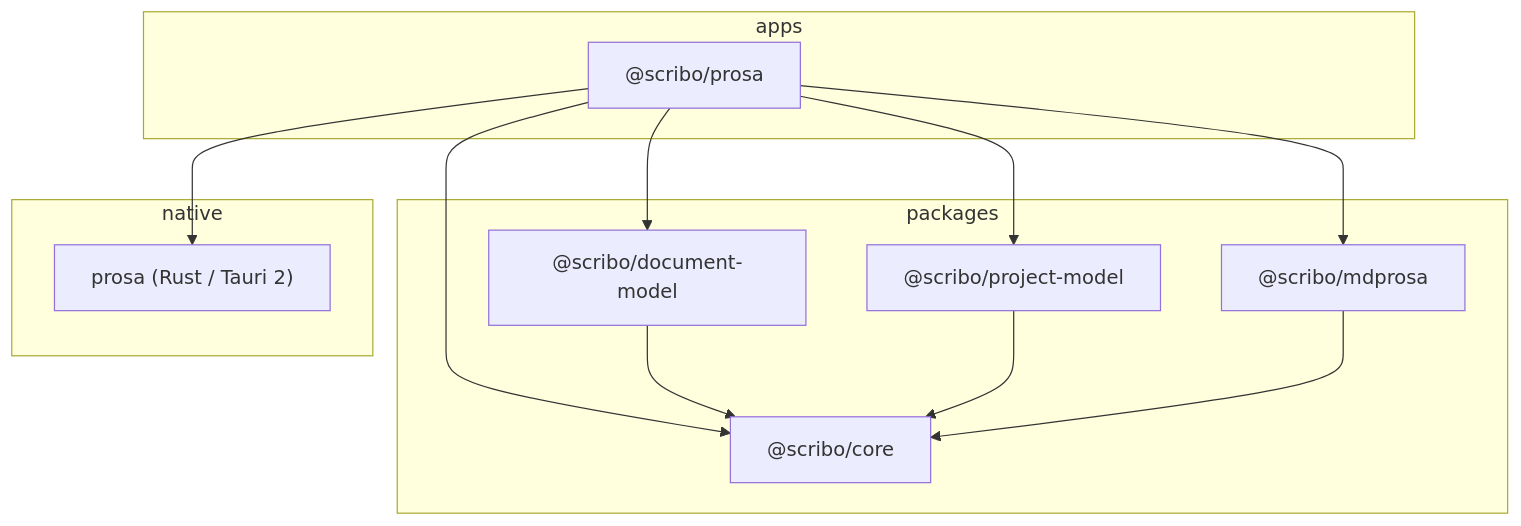
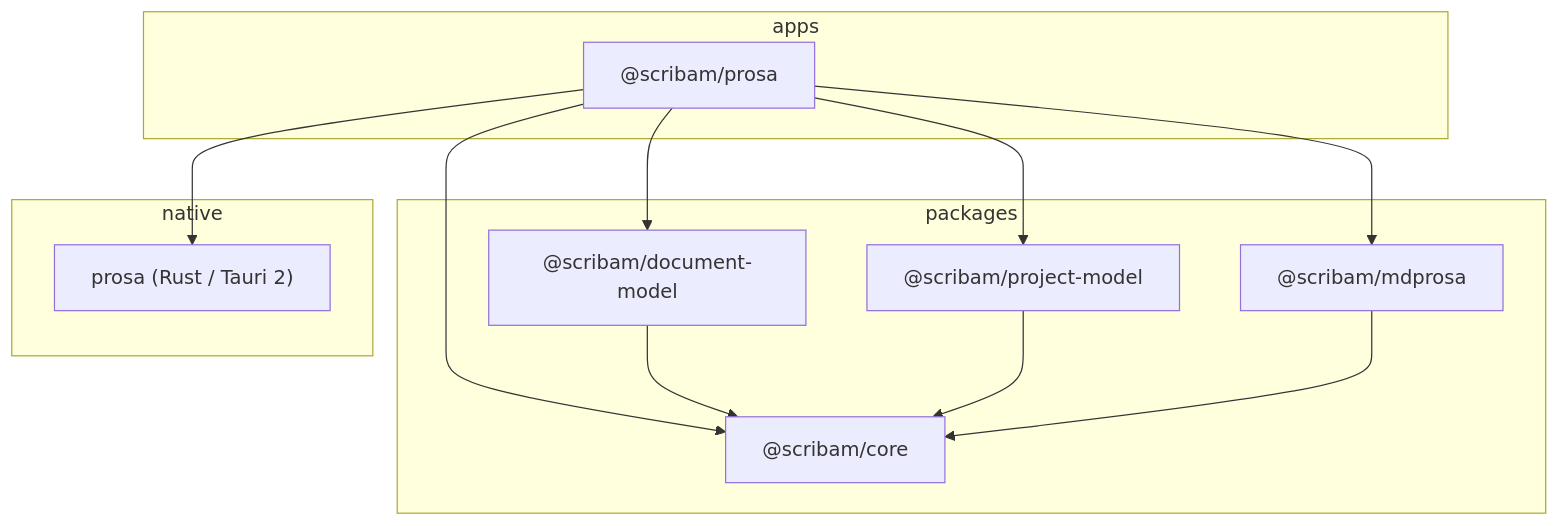
The diagram in docs/architecture/system-overview.md (erista-scribam/base), drawn with Mermaid before and after one commit. The commit also changed other lines of this file and 151 other files, not shown here.

````diff
--- a/docs/architecture/system-overview.md
+++ b/docs/architecture/system-overview.md
@@ -7,23 +7,23 @@
 ```mermaid
 flowchart TB
   subgraph apps
-    Prosa["@scribo/prosa"]
+    Prosa["@scribam/prosa"]
   end
   subgraph packages
-    DM["@scribo/document-model"]
-    Core["@scribo/core"]
-    PM["@scribo/project-model"]
-    MP["@scribo/mdprosa"]
+    DM["@scribam/document-model"]
+    Core["@scribam/core"]
+    PM["@scribam/project-model"]
+    MP["@scribam/mdprosa"]
   end
   subgraph native
     Tauri["prosa (Rust / Tauri 2)"]
   end
   Prosa --> DM
   Prosa --> Core
   Prosa --> PM
   Prosa --> MP
   DM --> Core
   PM --> Core
   MP --> Core
   Prosa --> Tauri
 ```
````
